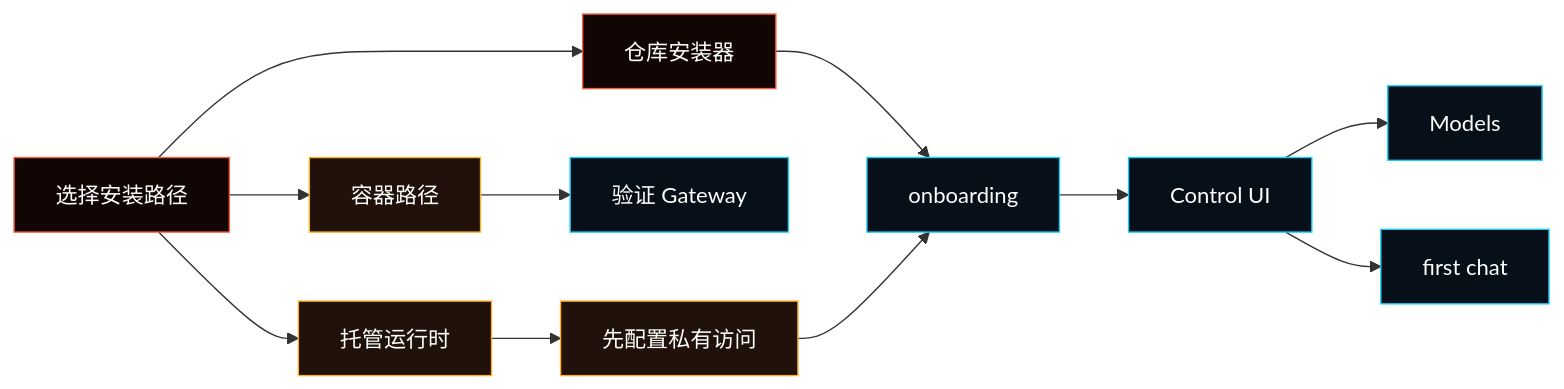
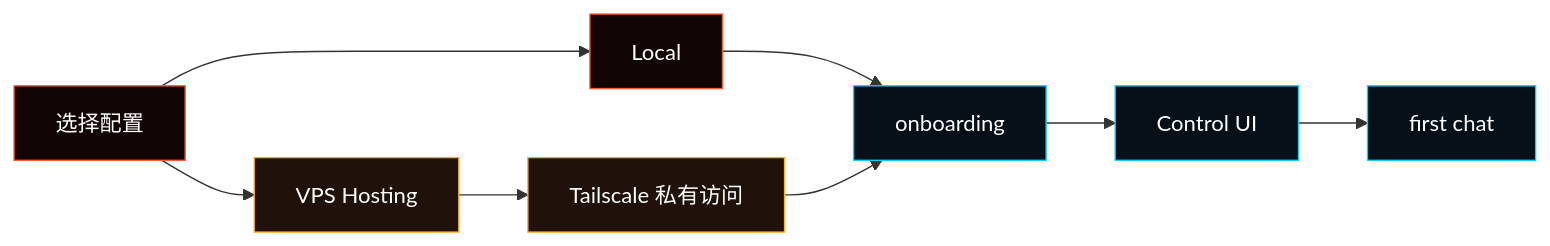
Before and after one commit to fased-ai/fased: the diagram in docs/zh-CN/install/index.md, drawn with Mermaid. The commit also changed other lines of this file and 534 other files, not shown here.

````diff
--- a/docs/zh-CN/install/index.md
+++ b/docs/zh-CN/install/index.md
@@ -18,20 +20,17 @@
 ```mermaid
 flowchart LR
-  choose["选择安装路径"] --> repo["仓库安装器"]
-  choose --> container["容器路径"]
-  choose --> host["托管运行时"]
-  repo --> onboard["onboarding"]
-  container --> verify["验证 Gateway"]
-  host --> private["先配置私有访问"]
+  choose["选择配置"] --> local["Local"]
+  choose --> hosting["VPS Hosting"]
+  local --> onboard["onboarding"]
+  hosting --> private["Tailscale 私有访问"]
   private --> onboard
   onboard --> ui["Control UI"]
-  ui --> models["Models"]
   ui --> chat["first chat"]
 
   classDef root fill:#120605,stroke:#ff5a36,color:#ffffff;
   classDef run fill:#071018,stroke:#12cfff,color:#ffffff;
   classDef host fill:#20120a,stroke:#ffb020,color:#ffffff;
-  class choose,repo root;
-  class onboard,ui,models,chat,verify run;
-  class container,host,private host;
+  class choose,local root;
+  class onboard,ui,chat run;
+  class hosting,private host;
 ```
````
